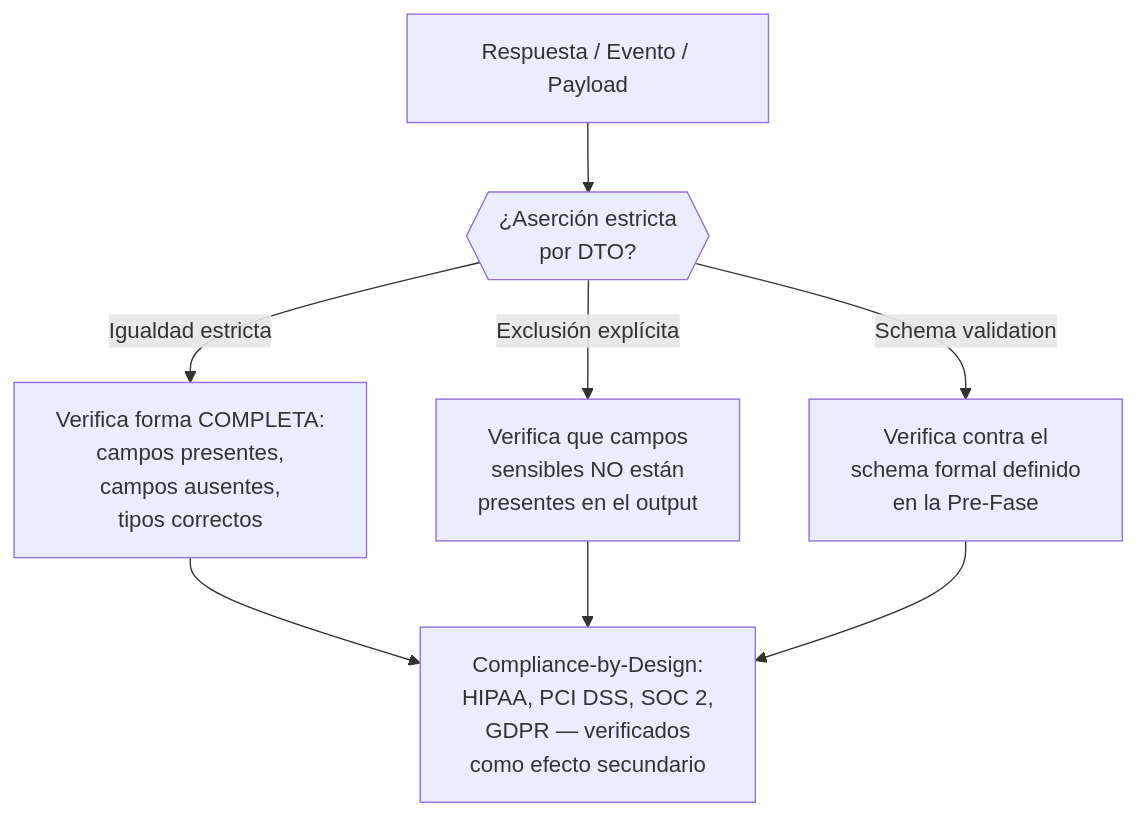
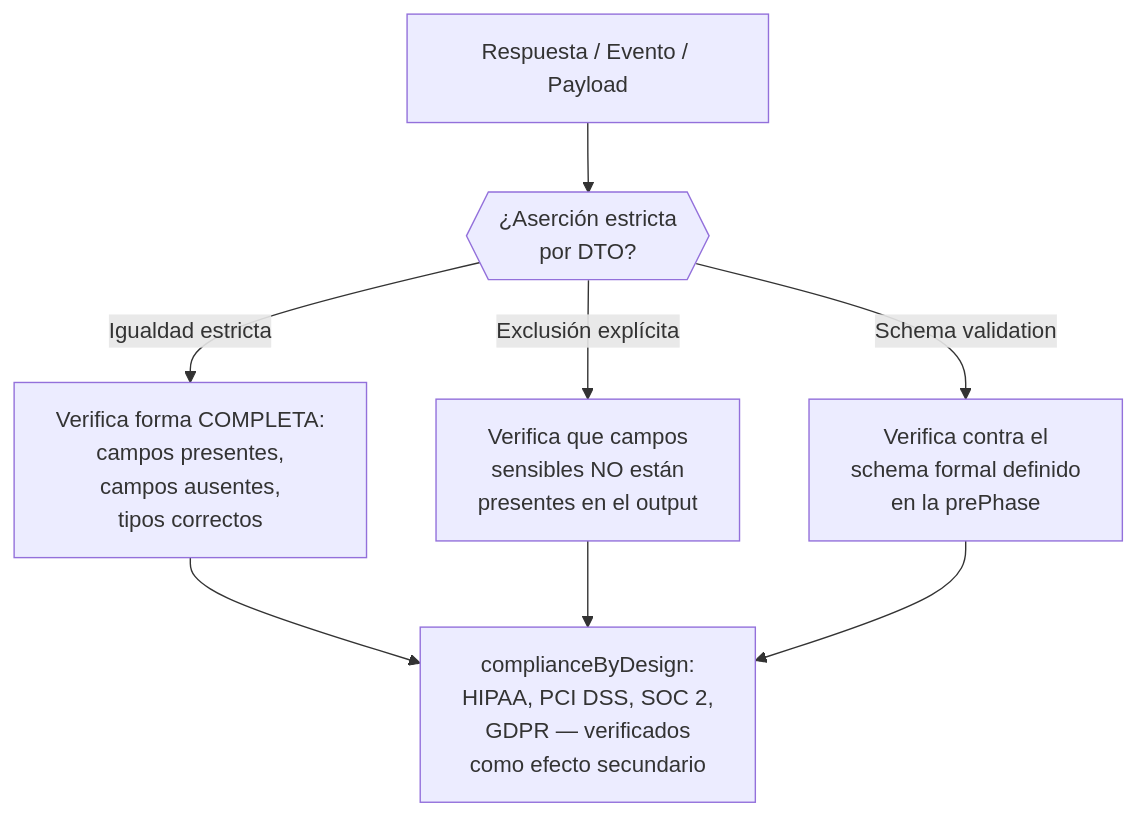
Before and after one commit to virgenherrera/idea-to-mvp: the tenth of 10 diagrams in docs/execution/red.md, drawn with Mermaid. The commit also changed other lines of this file and 30 other files, not shown here.

````diff
--- a/docs/execution/red.md
+++ b/docs/execution/red.md
@@ -591,15 +622,15 @@
 ```mermaid
 flowchart TD
     RESPONSE["Respuesta / Evento / Payload"]
     STRICT{{"¿Aserción estricta\npor DTO?"}}
 
     RESPONSE --> STRICT
 
     STRICT -->|"Igualdad estricta"| EXACT["Verifica forma COMPLETA:\ncampos presentes,\ncampos ausentes,\ntipos correctos"]
     STRICT -->|"Exclusión explícita"| EXCLUDE["Verifica que campos\nsensibles NO están\npresentes en el output"]
-    STRICT -->|"Schema validation"| SCHEMA["Verifica contra el\nschema formal definido\nen la Pre-Fase"]
+    STRICT -->|"Schema validation"| SCHEMA["Verifica contra el\nschema formal definido\nen la prePhase"]
 
-    EXACT --> COMPLIANCE["Compliance-by-Design:\nHIPAA, PCI DSS, SOC 2,\nGDPR — verificados\ncomo efecto secundario"]
+    EXACT --> COMPLIANCE["complianceByDesign:\nHIPAA, PCI DSS, SOC 2,\nGDPR — verificados\ncomo efecto secundario"]
     EXCLUDE --> COMPLIANCE
     SCHEMA --> COMPLIANCE
 ```
````
